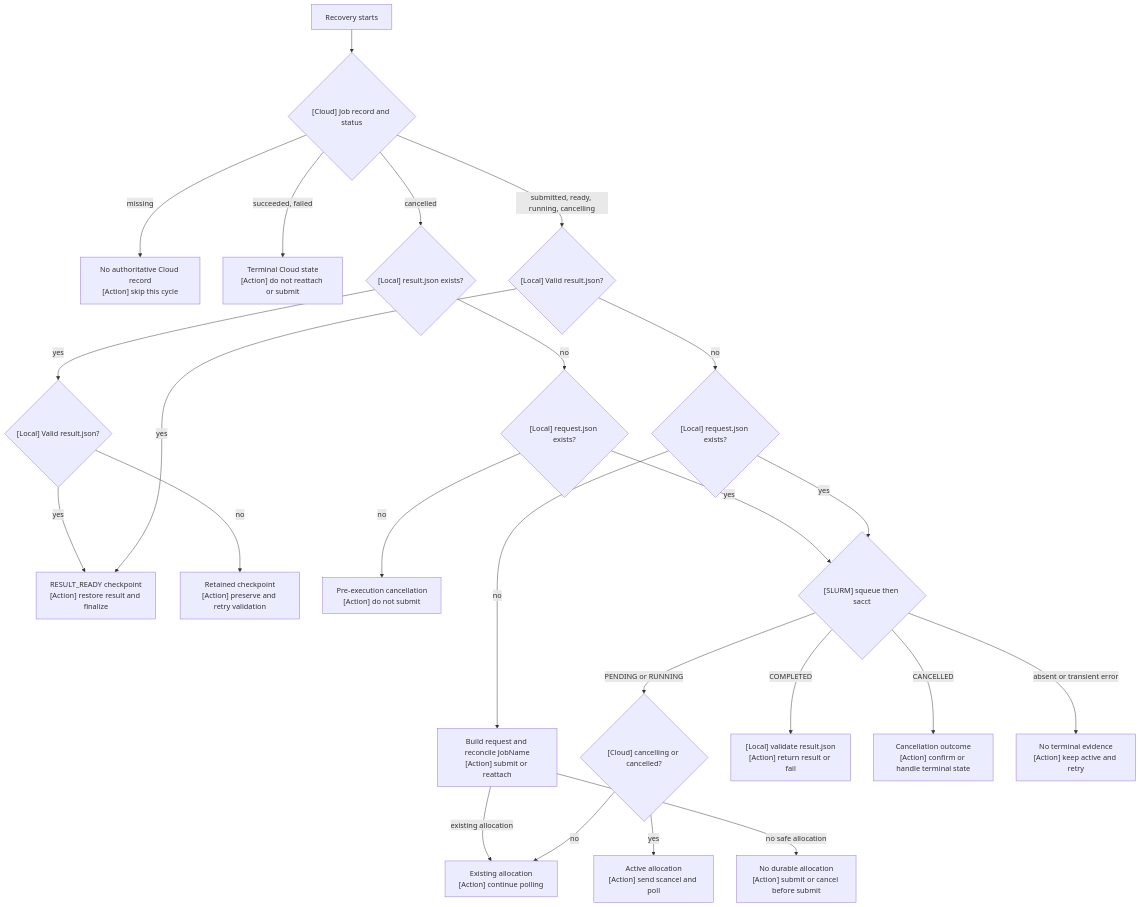
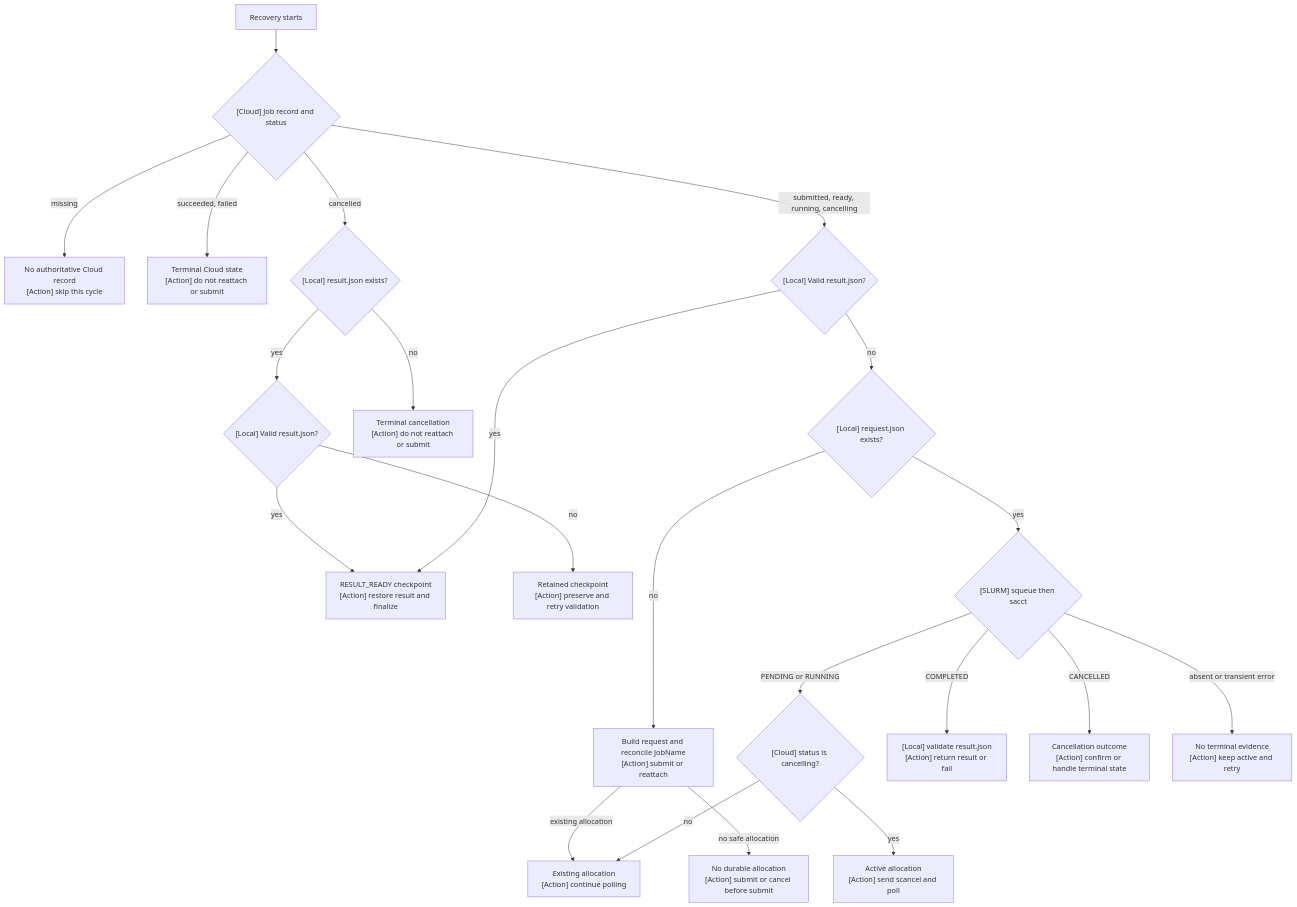
One commit to oqtopus-team/oqtopus-engine changed the fourth of 4 diagrams in docs/features/slurm_simulator/overview.md. Above: the diagram before and after it, drawn with Mermaid. The commit also changed other lines of this file and 1 other file, not shown here.

Commit message:
fix(slurm): refine job claiming and cancellation handling in simulator documentation

````diff
--- a/docs/features/slurm_simulator/overview.md
+++ b/docs/features/slurm_simulator/overview.md
@@ -479,28 +472,26 @@
 ```mermaid
 flowchart TD
   Start["Recovery starts"] --> Cloud{"[Cloud] Job record and status"}
   Cloud -->|missing| Missing["No authoritative Cloud record<br/>[Action] skip this cycle"]
   Cloud -->|succeeded, failed| Terminal["Terminal Cloud state<br/>[Action] do not reattach or submit"]
   Cloud -->|cancelled| CancelledCloud{"[Local] result.json exists?"}
   CancelledCloud -->|yes| CancelledResult{"[Local] Valid result.json?"}
   CancelledResult -->|yes| Return
   CancelledResult -->|no| InvalidResult["Retained checkpoint<br/>[Action] preserve and retry validation"]
-  CancelledCloud -->|no| CancelledRequest{"[Local] request.json exists?"}
-  CancelledRequest -->|no| CancelledTerminal["Pre-execution cancellation<br/>[Action] do not submit"]
-  CancelledRequest -->|yes| Slurm
+  CancelledCloud -->|no| CancelledTerminal["Terminal cancellation<br/>[Action] do not reattach or submit"]
   Cloud -->|submitted, ready, running, cancelling| Result{"[Local] Valid result.json?"}
 
   Result -->|yes| Return["RESULT_READY checkpoint<br/>[Action] restore result and finalize"]
   Result -->|no| Request{"[Local] request.json exists?"}
   Request -->|no| Reconcile["Build request and reconcile JobName<br/>[Action] submit or reattach"]
   Reconcile -->|existing allocation| Continue["Existing allocation<br/>[Action] continue polling"]
   Reconcile -->|no safe allocation| Submit["No durable allocation<br/>[Action] submit or cancel before submit"]
 
   Request -->|yes| Slurm{"[SLURM] squeue then sacct"}
-  Slurm -->|PENDING or RUNNING| CancelCheck{"[Cloud] cancelling or cancelled?"}
+  Slurm -->|PENDING or RUNNING| CancelCheck{"[Cloud] status is cancelling?"}
   CancelCheck -->|no| Continue
   CancelCheck -->|yes| Cancel["Active allocation<br/>[Action] send scancel and poll"]
   Slurm -->|COMPLETED| Validate["[Local] validate result.json<br/>[Action] return result or fail"]
   Slurm -->|CANCELLED| Cancelled["Cancellation outcome<br/>[Action] confirm or handle terminal state"]
   Slurm -->|absent or transient error| Retry["No terminal evidence<br/>[Action] keep active and retry"]
 ```
````
